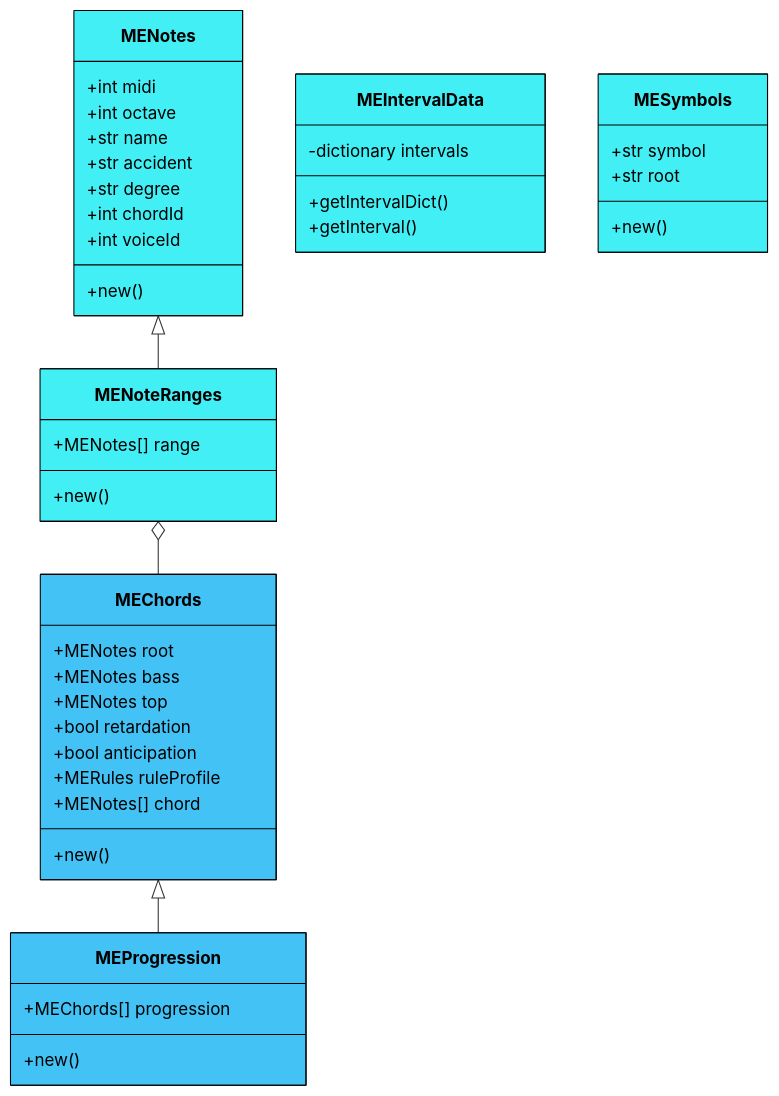
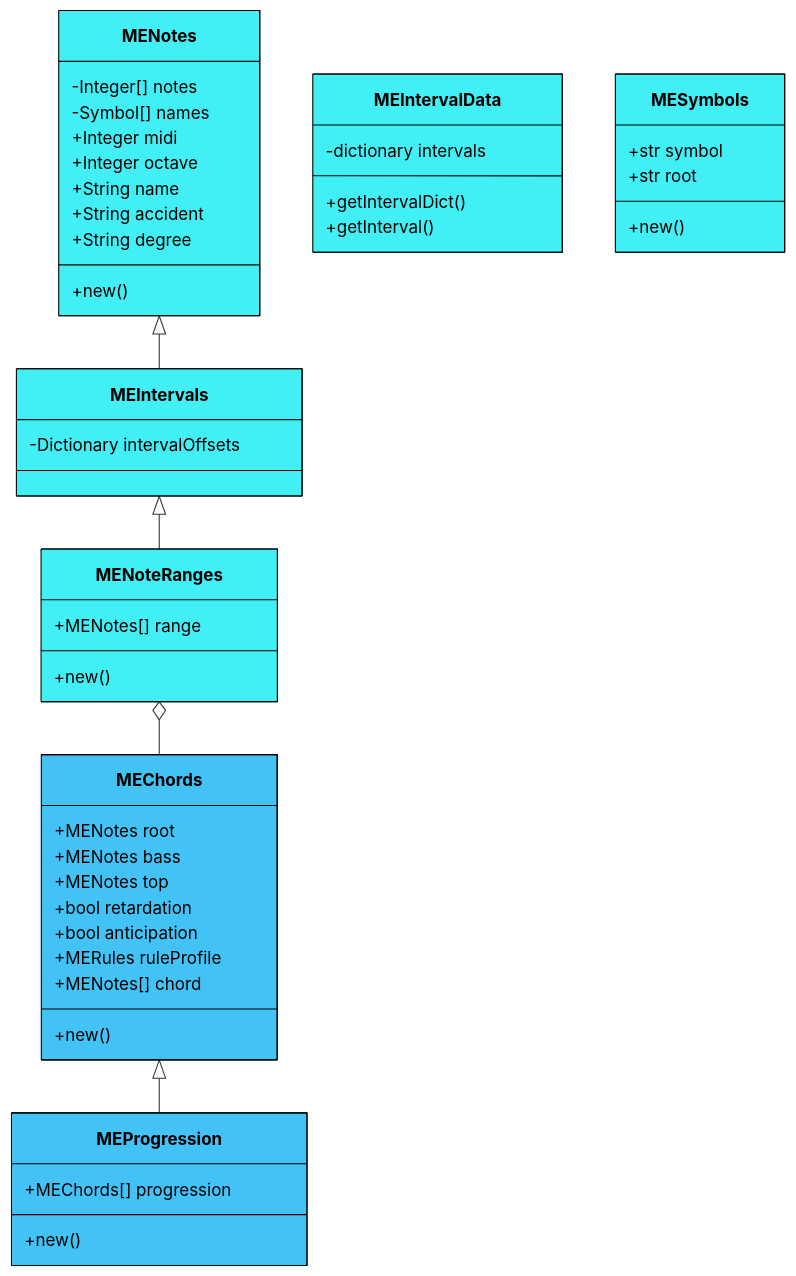
Before and after one commit to iamsiriil/sc_musicengine: the diagram in README.md, drawn with Mermaid.

````diff
--- a/README.md
+++ b/README.md
@@ -70,52 +70,56 @@
 ```mermaid
 classDiagram
-    MENotes <|-- MENoteRanges
+    MENotes <|-- MEIntervals
+    MEIntervals <|-- MENoteRanges
     MENoteRanges o-- MEChords
     MEChords <|-- MEProgression
     class MENotes:::musicengine {
-        +int midi
-        +int octave
-        +str name
-        +str accident
-        +str degree
-        +int chordId
-        +int voiceId
+        -Integer[] notes
+        -Symbol[] names
+        +Integer midi
+        +Integer octave
+        +String name
+        +String accident
+        +String degree
         +new()
     }
-    %%style MENotes stroke:#42f5bf,fill:#e6fff8
+
+    class MEIntervals:::musicengine {
+        -Dictionary intervalOffsets
+    }
 
     class MENoteRanges:::musicengine {
         +MENotes[] range
         +new()
     }
 
     class MEIntervalData:::musicengine {
         -dictionary intervals
         +getIntervalDict()
         +getInterval()
     }
 
     class MESymbols:::musicengine {
         +str symbol
         +str root
         +new()
     }
 
     class MEChords:::harmonizer {
         +MENotes root
         +MENotes bass
         +MENotes top
         +bool retardation
         +bool anticipation
         +MERules ruleProfile
         +MENotes[] chord
         +new()
     }
 
     class MEProgression:::harmonizer {
         +MEChords[] progression
         +new()
     }
     classDef musicengine fill:#42eff5,stroke:#000, color:#000
     classDef harmonizer fill:#42c2f5,stroke:#000, color:#000
 ```
````
